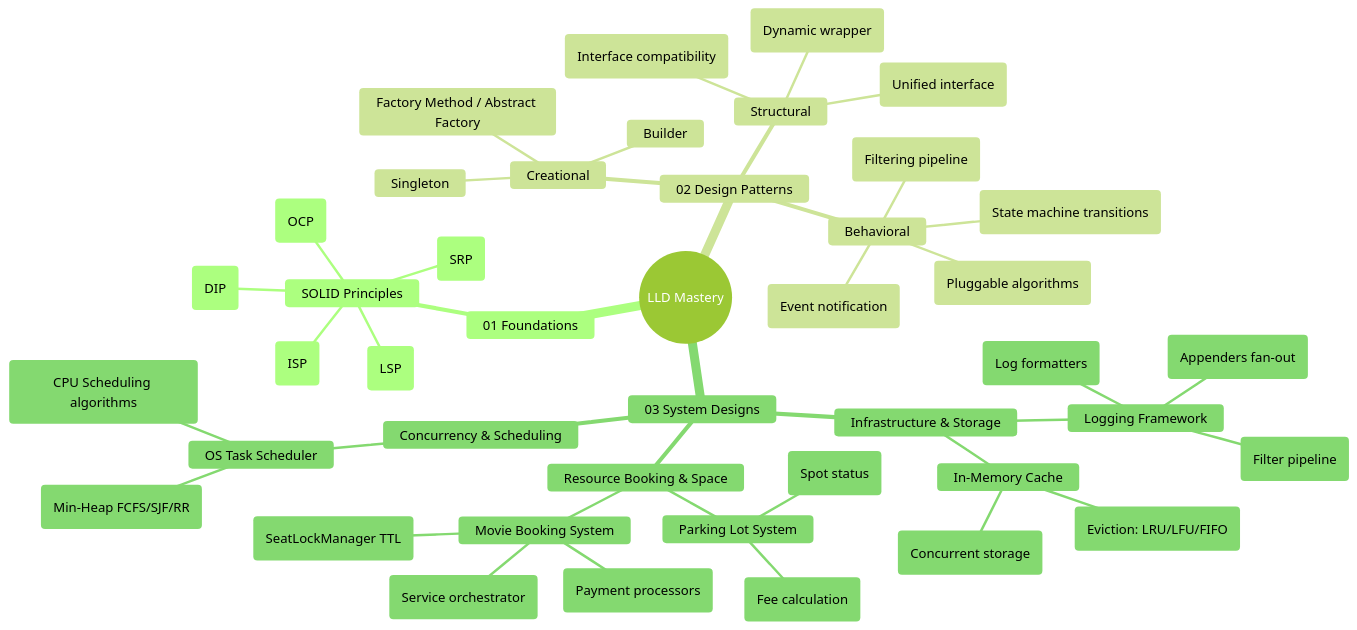
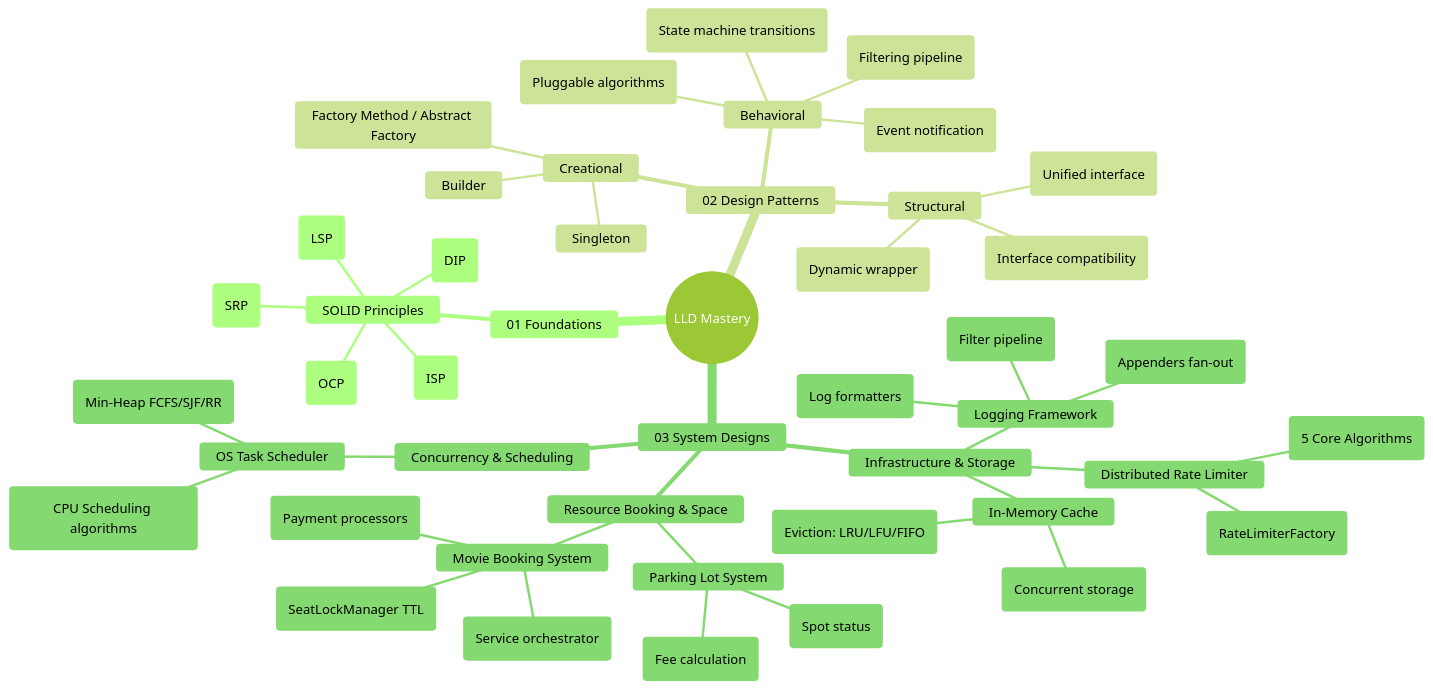
One commit to chauhankartik/private-2026 changed the diagram in lld/00_LLD_MindMap.md. Above: the diagram before and after it, drawn with Mermaid (forest theme). The commit also changed other lines of this file and 9 other files, not shown here.

Commit message:
Add Rate Limiter LLD system with 5 algorithms

````diff
--- a/lld/00_LLD_MindMap.md
+++ b/lld/00_LLD_MindMap.md
@@ -9,46 +9,49 @@
 ```mermaid
 mindmap
   root((LLD Mastery))
     01 Foundations
       SOLID Principles
         Single Responsibility (SRP)
         Open/Closed (OCP)
         Liskov Substitution (LSP)
         Interface Segregation (ISP)
         Dependency Inversion (DIP)
     02 Design Patterns
       Creational
         Singleton
         Factory Method / Abstract Factory
         Builder
       Structural
         Decorator (Dynamic wrapper)
         Facade (Unified interface)
         Adapter (Interface compatibility)
       Behavioral
         Observer (Event notification)
         State (State machine transitions)
         Strategy (Pluggable algorithms)
         Chain of Responsibility (Filtering pipeline)
     03 System Designs
       Infrastructure & Storage
         Logging Framework
           Chain of Responsibility (Filter pipeline)
           Strategy (Log formatters)
           Observer (Appenders fan-out)
         In-Memory Cache
           Strategy (Eviction: LRU/LFU/FIFO)
           ReadWriteLock (Concurrent storage)
+        Distributed Rate Limiter
+          Strategy (5 Core Algorithms)
+          Factory (RateLimiterFactory)
       Resource Booking & Space
         Parking Lot System
           Strategy (Fee calculation)
           State (Spot status)
         Movie Booking System
           Facade (Service orchestrator)
           ReentrantLock (SeatLockManager TTL)
           Factory (Payment processors)
       Concurrency & Scheduling
         OS Task Scheduler
           PriorityQueue (Min-Heap FCFS/SJF/RR)
           Strategy (CPU Scheduling algorithms)
 ```
````
